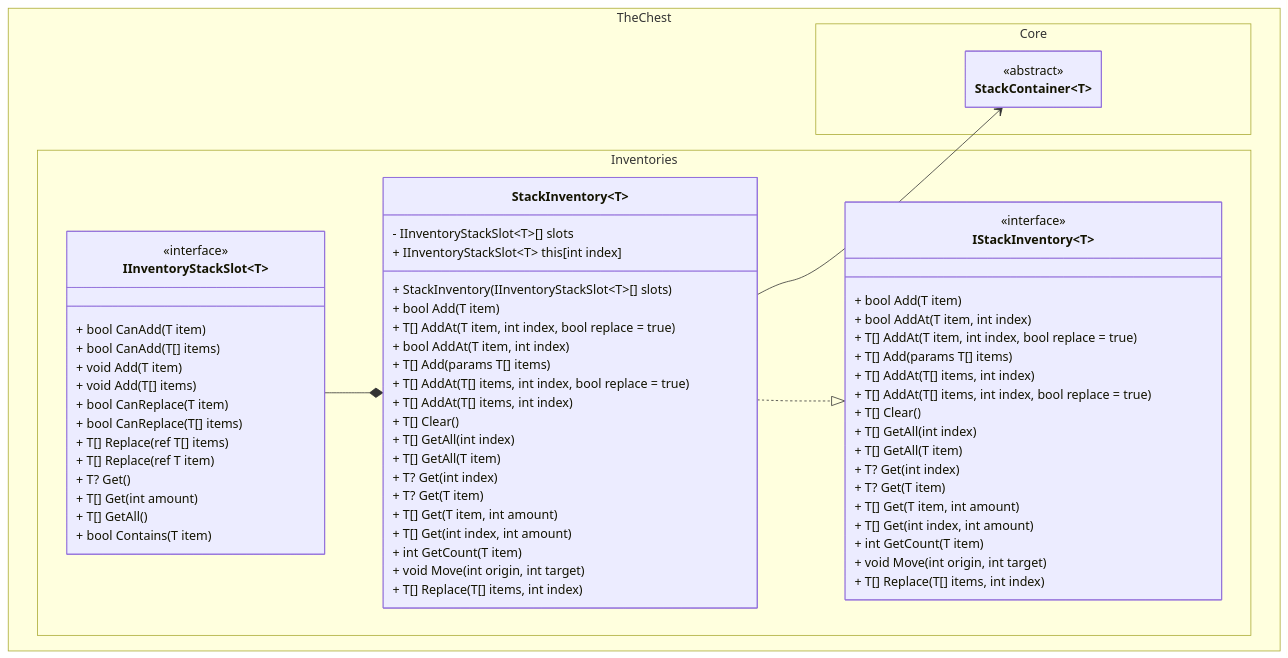
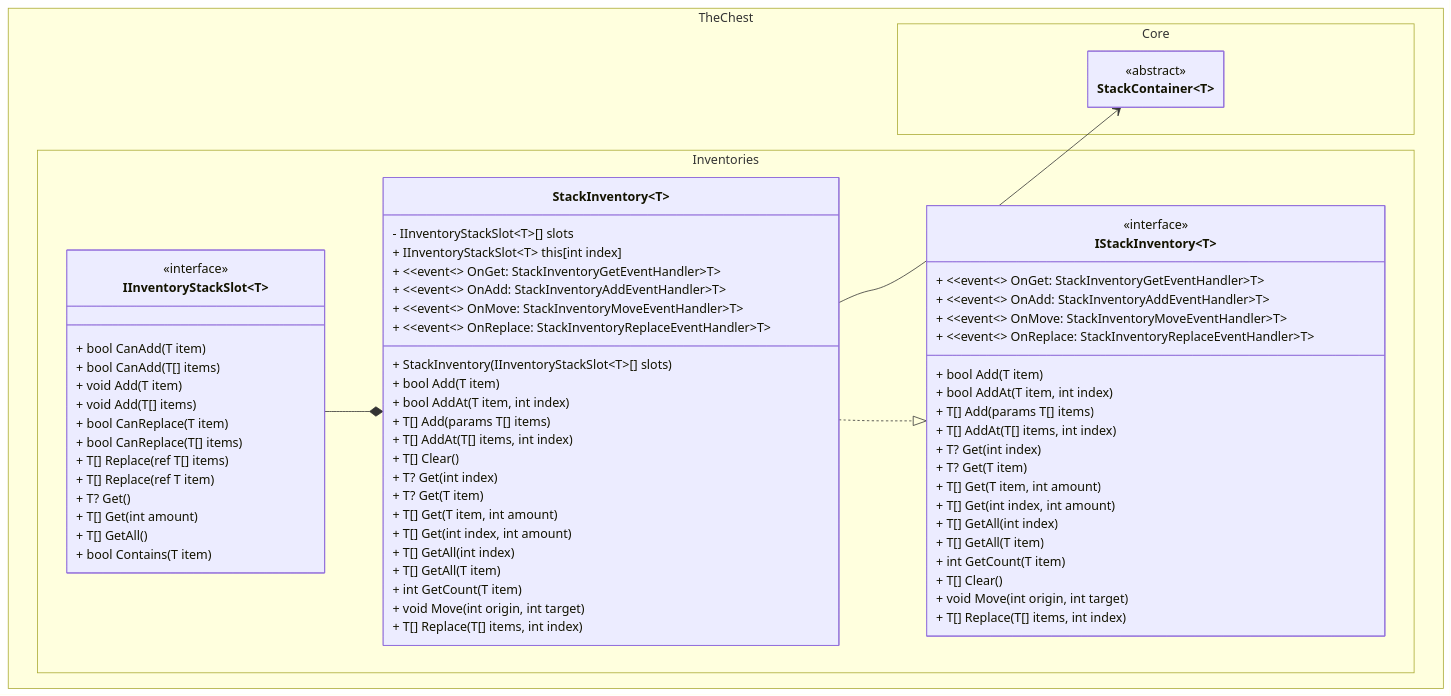
The first of 2 diagrams in docs/stack_inventory/class_diagram.md (The-Chest/TheChest.Inventories), drawn with Mermaid before and after one commit. The commit also changed other lines of this file and 1 other file, not shown here.

Commit message:
Fixes in Inventory class_diagrams

````diff
--- a/docs/stack_inventory/class_diagram.md
+++ b/docs/stack_inventory/class_diagram.md
@@ -4,78 +4,82 @@
 ```mermaid
 ---
 config:
   theme: mc
   look: classic
   class:
     hideEmptyMembersBox: true
 ---
 classDiagram
 direction TB
     namespace TheChest.Core{
         class StackContainer~T~ {
         }
     }
     
     namespace TheChest.Inventories{
         class StackInventory~T~ {
             - IInventoryStackSlot~T~[] slots
             + IInventoryStackSlot~T~ this[int index]
             + StackInventory(IInventoryStackSlot~T~[] slots)
+	        + ~~event~~ OnGet: StackInventoryGetEventHandler~T~ 
+	        + ~~event~~ OnAdd: StackInventoryAddEventHandler~T~ 
+	        + ~~event~~ OnMove: StackInventoryMoveEventHandler~T~ 
+	        + ~~event~~ OnReplace: StackInventoryReplaceEventHandler~T~ 
             + bool Add(T item)
-            + T[] AddAt(T item, int index, bool replace = true)
             + bool AddAt(T item, int index)
             + T[] Add(params T[] items)
-            + T[] AddAt(T[] items, int index, bool replace = true)
             + T[] AddAt(T[] items, int index)
             + T[] Clear()
-            + T[] GetAll(int index)
-            + T[] GetAll(T item)
             + T? Get(int index)
             + T? Get(T item)
             + T[] Get(T item, int amount)
             + T[] Get(int index, int amount)
+            + T[] GetAll(int index)
+            + T[] GetAll(T item)
             + int GetCount(T item)
             + void Move(int origin, int target)
             + T[] Replace(T[] items, int index)
         }    
         class IInventoryStackSlot~T~ {
             + bool CanAdd(T item)
             + bool CanAdd(T[] items)
             + void Add(T item)
             + void Add(T[] items)
             + bool CanReplace(T item)
             + bool CanReplace(T[] items)
             + T[] Replace(ref T[] items)
             + T[] Replace(ref T item)
             + T? Get()
             + T[] Get(int amount)
             + T[] GetAll()
             + bool Contains(T item)
         }
         class IStackInventory~T~ {
+	        + ~~event~~ OnGet: StackInventoryGetEventHandler~T~ 
+	        + ~~event~~ OnAdd: StackInventoryAddEventHandler~T~ 
+	        + ~~event~~ OnMove: StackInventoryMoveEventHandler~T~ 
+	        + ~~event~~ OnReplace: StackInventoryReplaceEventHandler~T~ 
             + bool Add(T item)
             + bool AddAt(T item, int index)
-            + T[] AddAt(T item, int index, bool replace = true)
             + T[] Add(params T[] items)
             + T[] AddAt(T[] items, int index)
-            + T[] AddAt(T[] items, int index, bool replace = true)
-            + T[] Clear()
-            + T[] GetAll(int index)
-            + T[] GetAll(T item)
             + T? Get(int index)
             + T? Get(T item)
             + T[] Get(T item, int amount)
             + T[] Get(int index, int amount)
+            + T[] GetAll(int index)
+            + T[] GetAll(T item)
             + int GetCount(T item)
+            + T[] Clear()
             + void Move(int origin, int target)
             + T[] Replace(T[] items, int index)
         }
     }
 	<<abstract>> StackContainer
 	<<interface>> IStackInventory
 	<<interface>> IInventoryStackSlot
 
     StackInventory ..|> IStackInventory
     StackInventory --> StackContainer
     IInventoryStackSlot --* StackInventory
 ```
````
